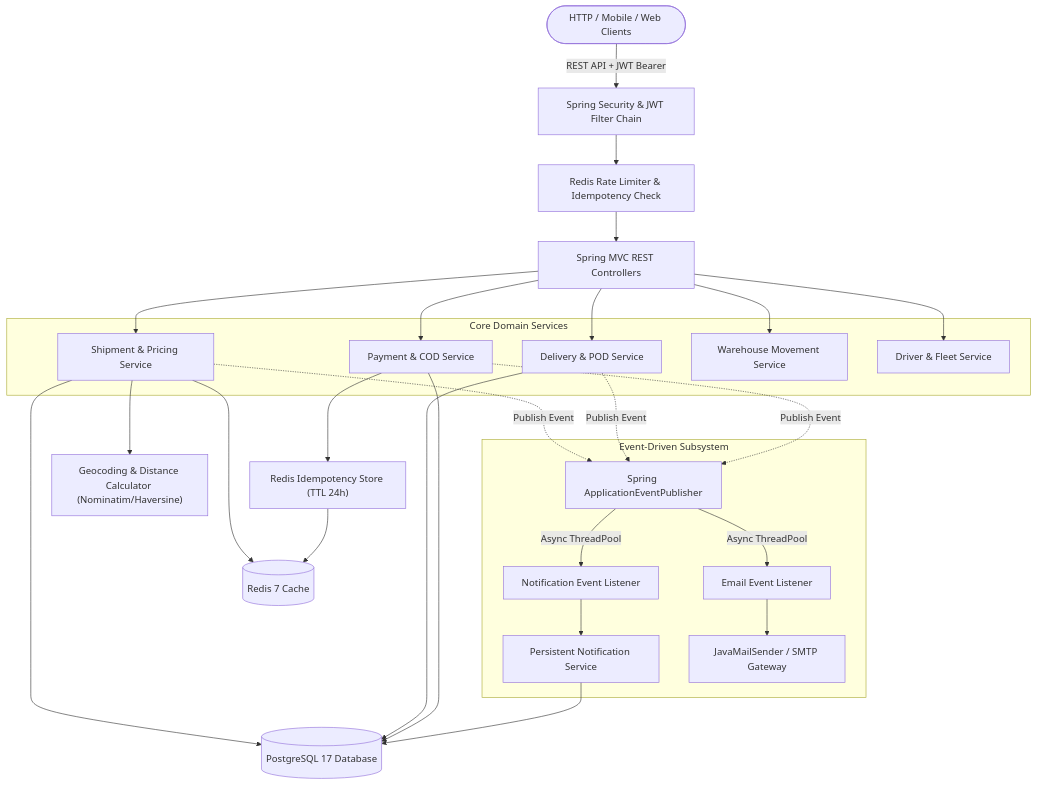
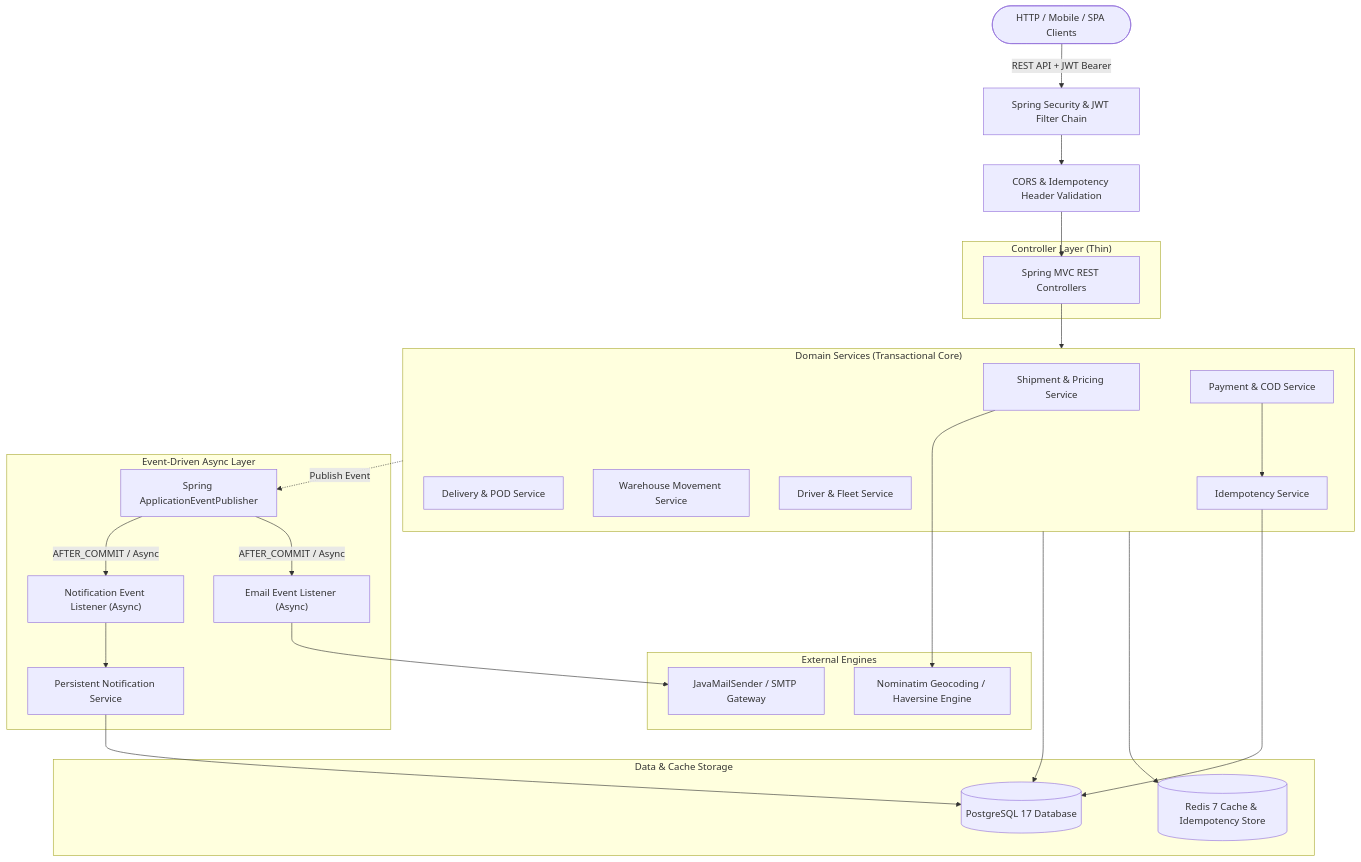
Before and after one commit to ahmedhassanasfour/logistics-management-system-spring-boot: the first of 5 diagrams in README.md, drawn with Mermaid. The commit also changed other lines of this file and 4 other files, not shown here.

Commit message:
feat: implement security configurations, authorization components, and delivery controller

````diff
--- a/README.md
+++ b/README.md
@@ -48,48 +40,51 @@
 ```mermaid
 flowchart TD
-    Client(["HTTP / Mobile / Web Clients"]) -->|REST API + JWT Bearer| SecurityFilter["Spring Security & JWT Filter Chain"]
-    SecurityFilter --> RateLimiter["Redis Rate Limiter & Idempotency Check"]
-    RateLimiter --> Controllers["Spring MVC REST Controllers"]
+    Client(["HTTP / Mobile / SPA Clients"]) -->|REST API + JWT Bearer| SecurityFilter["Spring Security & JWT Filter Chain"]
+    SecurityFilter --> CorsCheck["CORS & Idempotency Header Validation"]
+    CorsCheck --> Controllers["Spring MVC REST Controllers"]
 
-    subgraph CoreServices ["Core Domain Services"]
+    subgraph Presentation ["Controller Layer (Thin)"]
+        Controllers
+    end
+
+    subgraph ServiceLayer ["Domain Services (Transactional Core)"]
         ShipmentSvc["Shipment & Pricing Service"]
         DeliverySvc["Delivery & POD Service"]
         PaymentSvc["Payment & COD Service"]
         WarehouseSvc["Warehouse Movement Service"]
         FleetSvc["Driver & Fleet Service"]
+        IdempotencySvc["Idempotency Service"]
     end
 
-    Controllers --> ShipmentSvc
-    Controllers --> DeliverySvc
-    Controllers --> PaymentSvc
-    Controllers --> WarehouseSvc
-    Controllers --> FleetSvc
-
-    ShipmentSvc --> GeoEngine["Geocoding & Distance Calculator (Nominatim/Haversine)"]
-    PaymentSvc --> RedisIdempotency["Redis Idempotency Store (TTL 24h)"]
-
-    subgraph EventSubsystem ["Event-Driven Subsystem"]
-        AppEvents["Spring ApplicationEventPublisher"]
-        NotifListener["Notification Event Listener"]
-        EmailListener["Email Event Listener"]
-        NotifSvc["Persistent Notification Service"]
-        MailSender["JavaMailSender / SMTP Gateway"]
-
-        AppEvents -->|Async ThreadPool| NotifListener
-        AppEvents -->|Async ThreadPool| EmailListener
-        NotifListener --> NotifSvc
-        EmailListener --> MailSender
+    subgraph Integrations ["External Engines"]
+        GeoEngine["Nominatim Geocoding / Haversine Engine"]
+        MailGateway["JavaMailSender / SMTP Gateway"]
     end
 
-    ShipmentSvc -.->|Publish Event| AppEvents
-    DeliverySvc -.->|Publish Event| AppEvents
-    PaymentSvc -.->|Publish Event| AppEvents
+    subgraph Persistence ["Data & Cache Storage"]
+        Postgres[(PostgreSQL 17 Database)]
+        RedisCache[(Redis 7 Cache & Idempotency Store)]
+    end
 
-    ShipmentSvc --> PostgreSQL[("PostgreSQL 17 Database")]
-    DeliverySvc --> PostgreSQL
-    PaymentSvc --> PostgreSQL
-    NotifSvc --> PostgreSQL
+    subgraph EventSubsystem ["Event-Driven Async Layer"]
+        EventPub["Spring ApplicationEventPublisher"]
+        NotifListener["Notification Event Listener (Async)"]
+        EmailListener["Email Event Listener (Async)"]
+        NotifSvc["Persistent Notification Service"]
 
-    ShipmentSvc --> RedisCache[("Redis 7 Cache")]
-    RedisIdempotency --> RedisCache
+        EventPub -->|AFTER_COMMIT / Async| NotifListener
+        EventPub -->|AFTER_COMMIT / Async| EmailListener
+        NotifListener --> NotifSvc
+        EmailListener --> MailGateway
+    end
+
+    Controllers --> ServiceLayer
+    ShipmentSvc --> GeoEngine
+    PaymentSvc --> IdempotencySvc
+    ServiceLayer -.->|Publish Event| EventPub
+
+    ServiceLayer --> Postgres
+    NotifSvc --> Postgres
+    ServiceLayer --> RedisCache
+    IdempotencySvc --> Postgres
 ```
````
